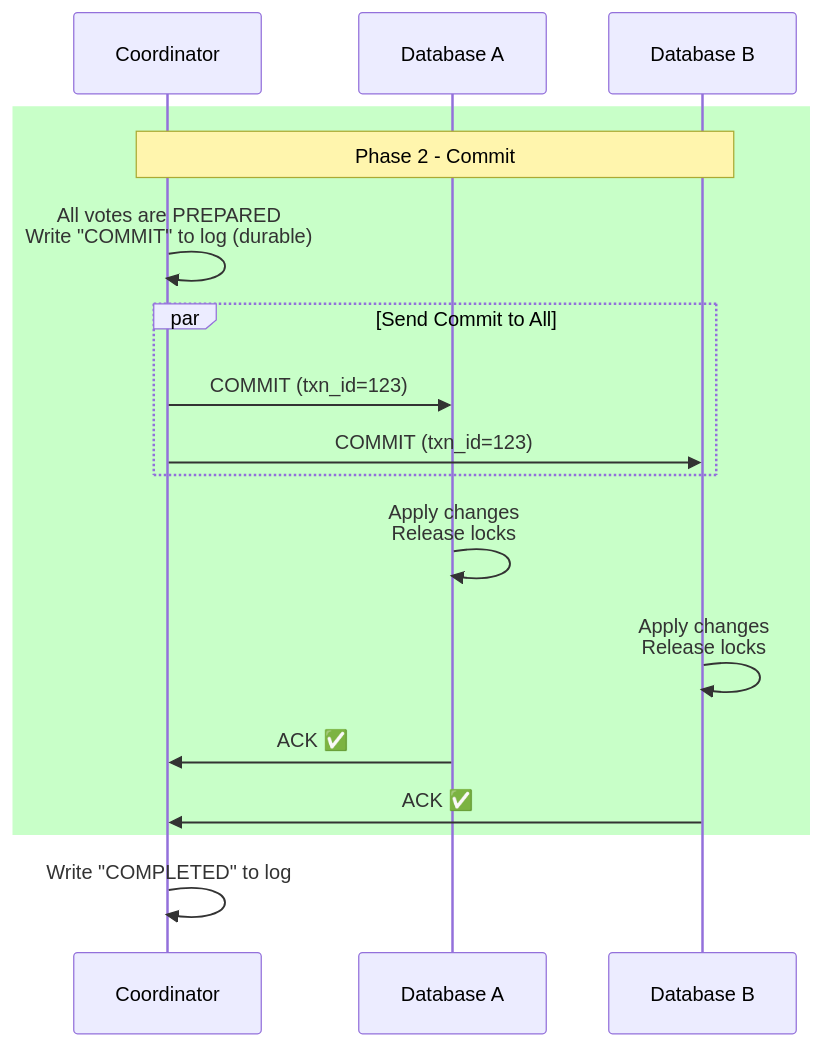
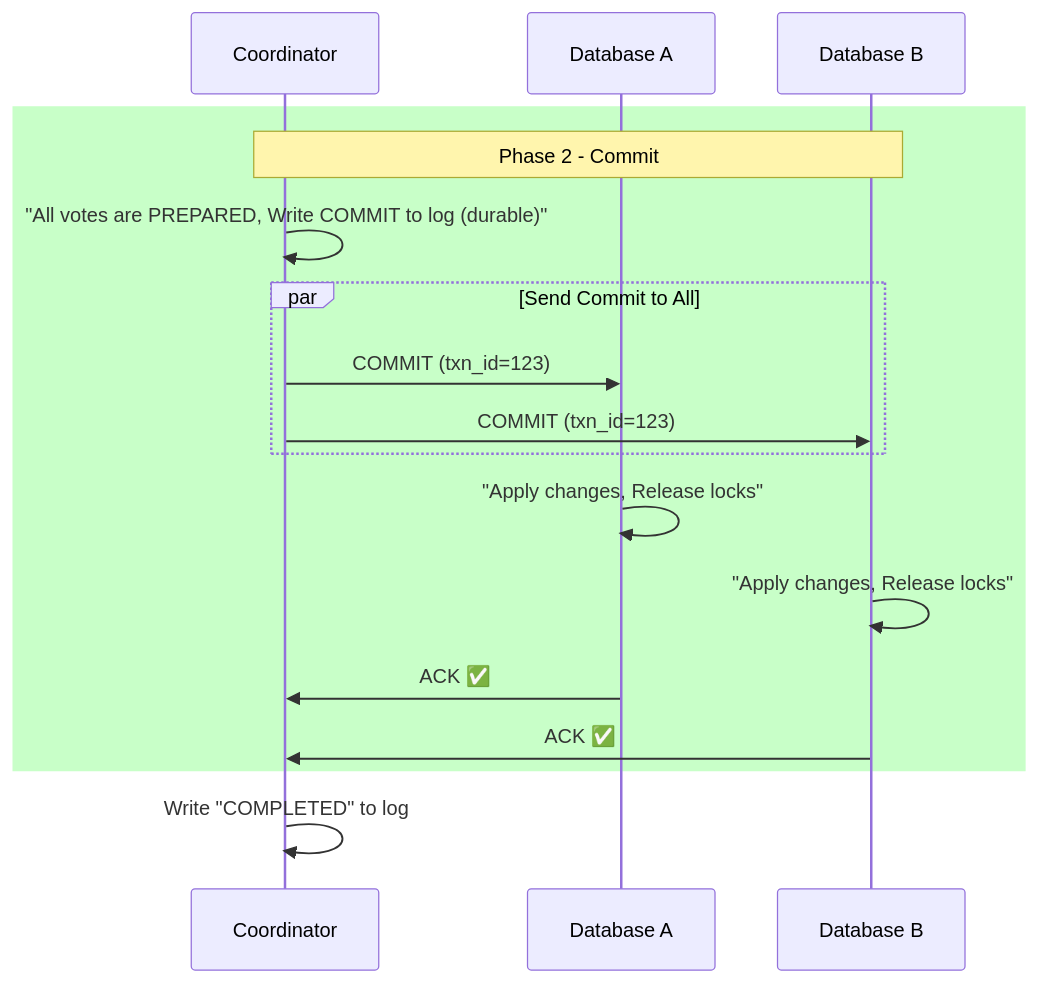
Before and after one commit to Anmol33/SystemDesign: the third of 10 diagrams in Coordination/05_Two_Phase_Commit.md, drawn with Mermaid. The commit also changed other lines of this file and 6 other files, not shown here.

First line of the commit message:
docs: fix Mermaid diagram syntax in coordination documents

````diff
--- a/Coordination/05_Two_Phase_Commit.md
+++ b/Coordination/05_Two_Phase_Commit.md
@@ -132,25 +132,25 @@
 ```mermaid
 sequenceDiagram
     participant Coord as Coordinator
     participant DB_A as Database A
     participant DB_B as Database B
     
     rect rgb(200, 255, 200)
         Note over Coord,DB_B: Phase 2 - Commit
         
-        Coord->>Coord: All votes are PREPARED<br/>Write "COMMIT" to log (durable)
+        Coord->>Coord: "All votes are PREPARED, Write COMMIT to log (durable)"
         
         par Send Commit to All
             Coord->>DB_A: COMMIT (txn_id=123)
             Coord->>DB_B: COMMIT (txn_id=123)
         end
         
-        DB_A->>DB_A: Apply changes<br/>Release locks
-        DB_B->>DB_B: Apply changes<br/>Release locks
+        DB_A->>DB_A: "Apply changes, Release locks"
+        DB_B->>DB_B: "Apply changes, Release locks"
         
         DB_A->>Coord: ACK ✅
         DB_B->>Coord: ACK ✅
     end
     
     Coord->>Coord: Write "COMPLETED" to log
 ```
````
